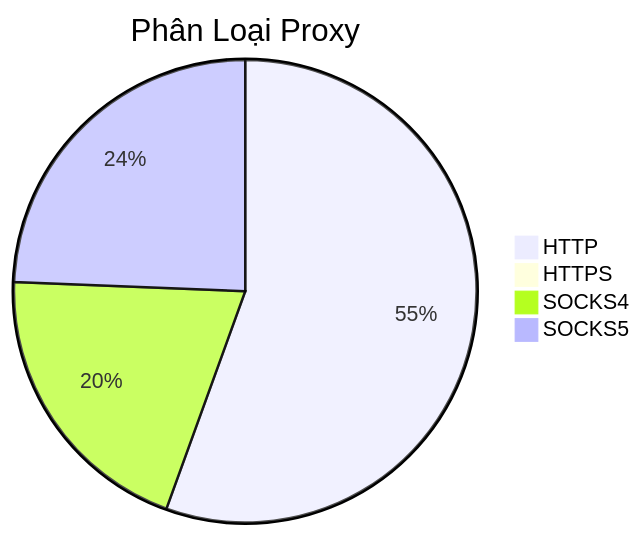
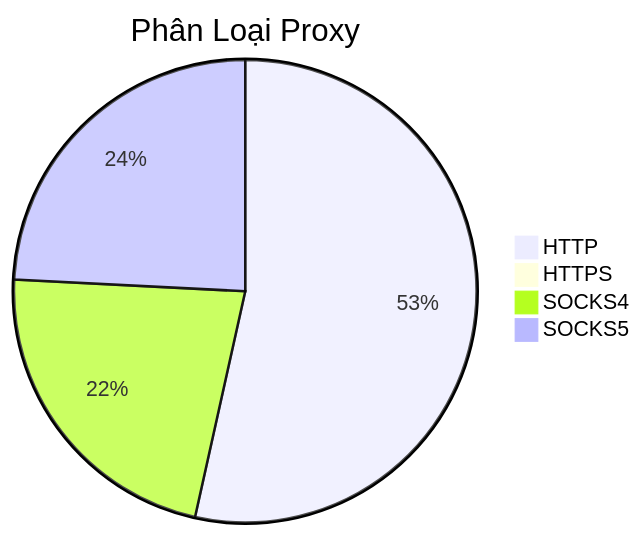
The diagram in README.md (Ciara-12/PROXY-free), drawn with Mermaid before and after one commit. The commit also changed other lines of this file and 4 other files, not shown here.

````diff
--- a/README.md
+++ b/README.md
@@ -26,7 +26,7 @@
 ```mermaid
 pie title Phân Loại Proxy
-    "HTTP" : 848
-    "HTTPS" : 1
-    "SOCKS4" : 307
-    "SOCKS5" : 372
+    "HTTP" : 829
+    "HTTPS" : 0
+    "SOCKS4" : 346
+    "SOCKS5" : 375
 ```
````
